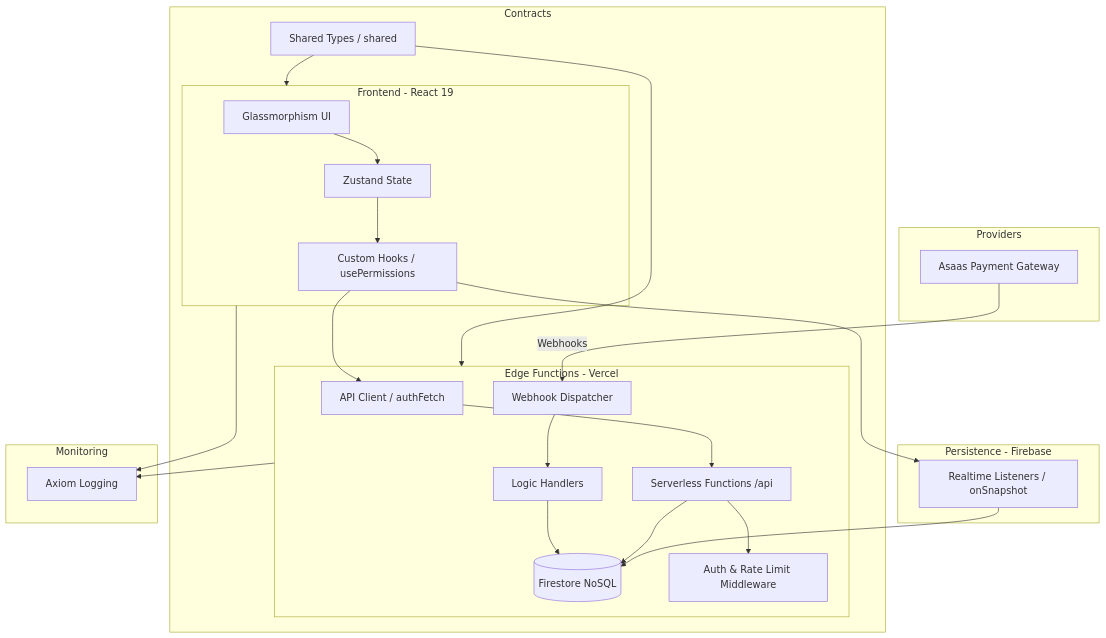
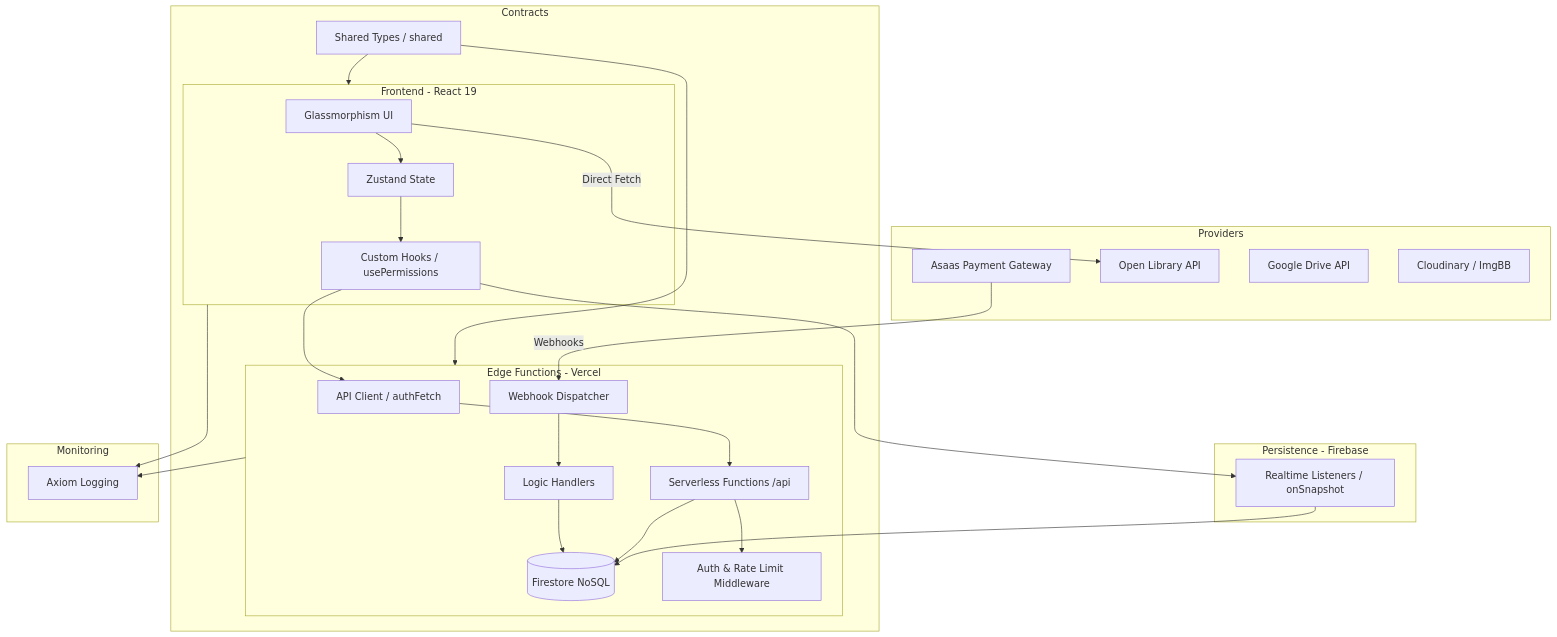
The first of 2 diagrams in README.md (josef10000/hubcrm), drawn with Mermaid before and after one commit. The commit also changed other lines of this file, not shown here.

Commit message:
docs: update README with API Ecosystem section and updated architecture diagram

````diff
--- a/README.md
+++ b/README.md
@@ -20,36 +19,40 @@
 ```mermaid
 graph TD
     subgraph External_Systems [Providers]
         Asaas[Asaas Payment Gateway]
+        OL[Open Library API]
+        GD[Google Drive API]
+        Cloudinary[Cloudinary / ImgBB]
     end
 
     subgraph Client_Layer [Frontend - React 19]
         UI[Glassmorphism UI] --> Store[Zustand State]
         Store --> Hooks[Custom Hooks / usePermissions]
     end
 
     subgraph Shared_Layer [Contracts]
         ST[Shared Types / shared] --> Client_Layer
         ST --> Service_Layer
     end
 
     subgraph Service_Layer [Edge Functions - Vercel]
         Hooks --> API[API Client / authFetch]
         API --> Serverless[Serverless Functions /api]
         Asaas -- Webhooks --> WH[Webhook Dispatcher]
         WH --> Handlers[Logic Handlers]
         Handlers --> Firestore
         Serverless --> Middleware[Auth & Rate Limit Middleware]
+        UI -- Direct Fetch --> OL
     end
 
     subgraph Data_Layer [Persistence - Firebase]
         Serverless --> Firestore[(Firestore NoSQL)]
         Hooks --> Realtime[Realtime Listeners / onSnapshot]
         Realtime --> Firestore
     end
 
     subgraph Observability [Monitoring]
         Client_Layer --> Axiom[Axiom Logging]
         Service_Layer --> Axiom
     end
 ```
````
